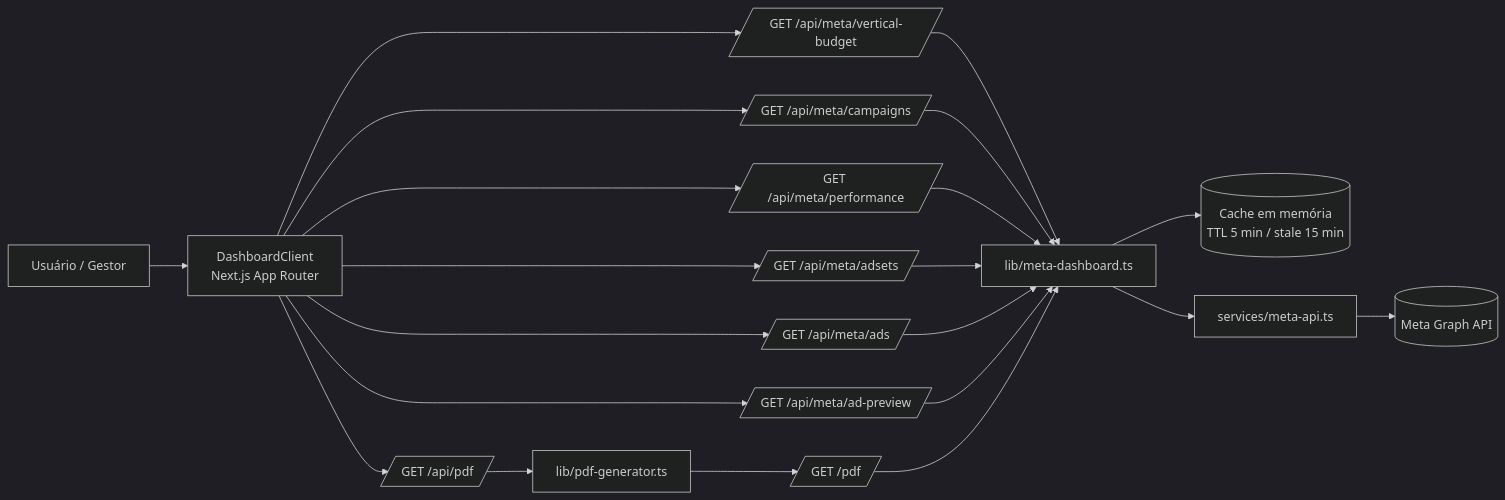
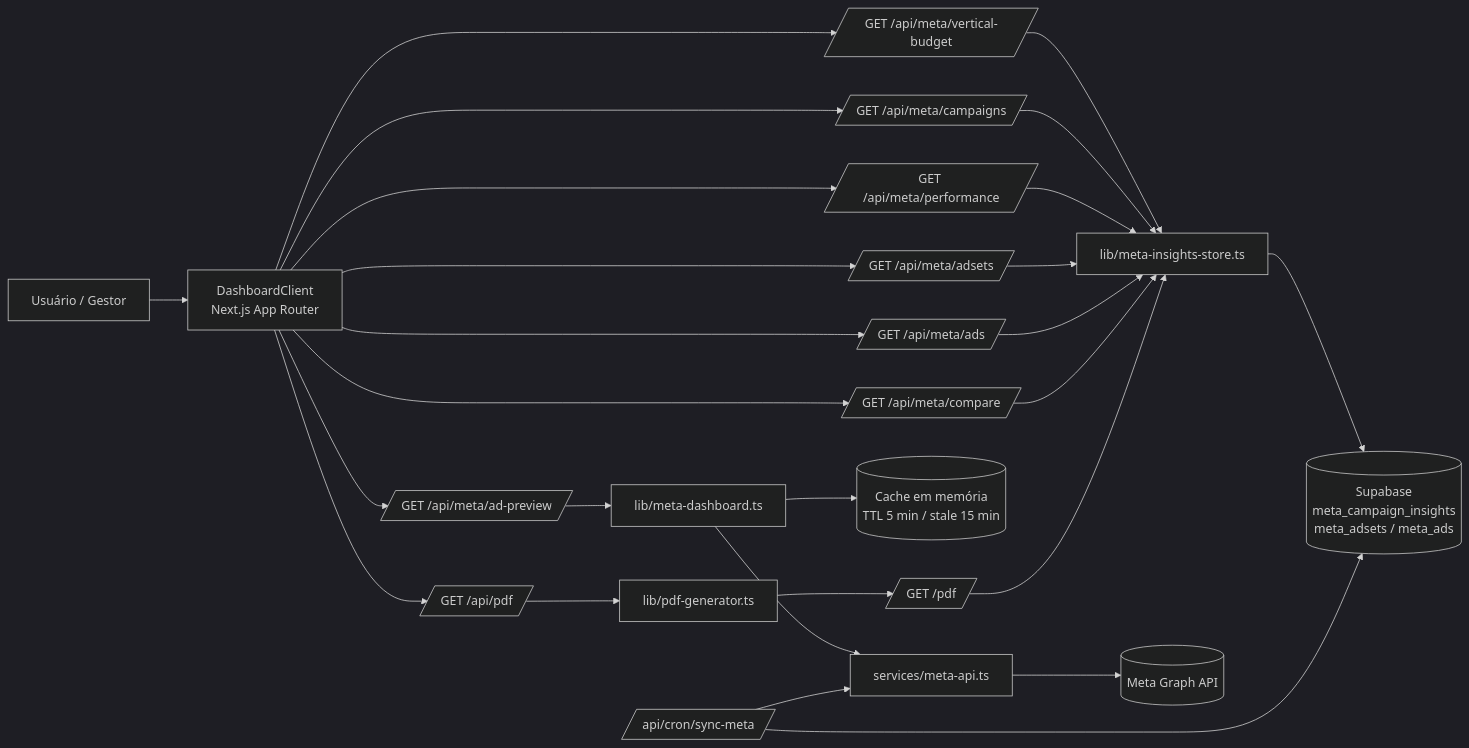
The diagram in docs/DOCUMENTACAO_COMPLETA.md (marketingviasoft/meta-ads-intelligence-viasoft), drawn with Mermaid (dark theme) before and after one commit. The commit also changed other lines of this file and 4 other files, not shown here.

````diff
--- a/docs/DOCUMENTACAO_COMPLETA.md
+++ b/docs/DOCUMENTACAO_COMPLETA.md
@@ -89,26 +100,33 @@
 ```mermaid
 flowchart LR
   U[Usuário / Gestor] --> UI[DashboardClient<br/>Next.js App Router]
   UI --> API1[/GET /api/meta/campaigns/]
   UI --> API0[/GET /api/meta/vertical-budget/]
   UI --> API2[/GET /api/meta/performance/]
   UI --> API3[/GET /api/meta/adsets/]
   UI --> API4[/GET /api/meta/ads/]
   UI --> API5[/GET /api/meta/ad-preview/]
+  UI --> API9[/GET /api/meta/compare/]
   UI --> A6[/GET /api/pdf/]
 
-  API0 --> ORQ[lib/meta-dashboard.ts]
-  API1 --> ORQ[lib/meta-dashboard.ts]
-  API2 --> ORQ
-  API3 --> ORQ
-  API4 --> ORQ
-  API5 --> ORQ
+  API0 --> STORE[lib/meta-insights-store.ts]
+  API1 --> STORE
+  API2 --> STORE
+  API3 --> STORE
+  API4 --> STORE
+  API9 --> STORE
 
+  API5 --> ORQ[lib/meta-dashboard.ts]
+
+  STORE --> SUPA[(Supabase<br/>meta_campaign_insights<br/>meta_adsets / meta_ads)]
   ORQ --> CACHE[(Cache em memória<br/>TTL 5 min / stale 15 min)]
   ORQ --> META[services/meta-api.ts]
   META --> GRAPH[(Meta Graph API)]
 
+  CRON[/api/cron/sync-meta/] --> META
+  CRON --> SUPA
+
   A6 --> A7[lib/pdf-generator.ts]
   A7 --> A8[/GET /pdf/]
-  A8 --> ORQ
+  A8 --> STORE
 ```
````
